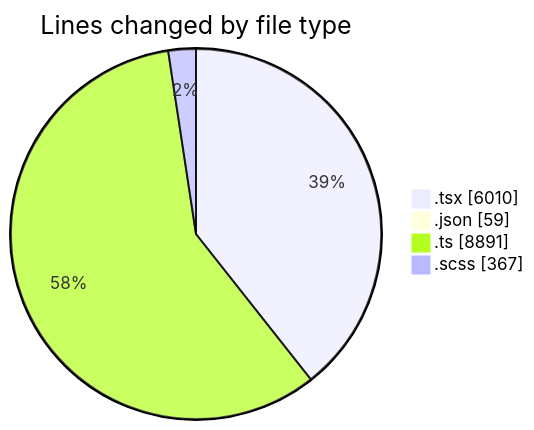
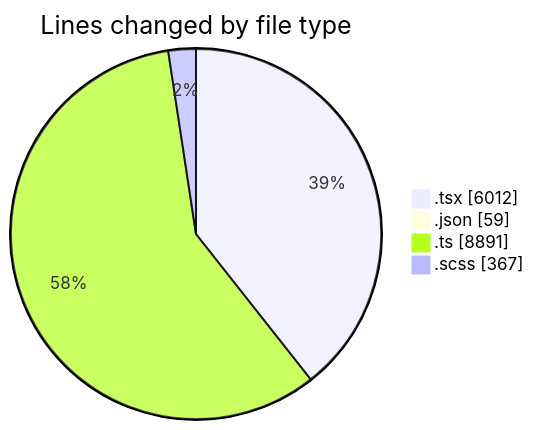
The first of 2 diagrams in 2025-11-24/cda/README.md (momahboobian/code-tracking), drawn with Mermaid before and after one commit. The commit also changed other lines of this file and 1 other file, not shown here.

````diff
--- a/2025-11-24/cda/README.md
+++ b/2025-11-24/cda/README.md
@@ -38,8 +38,8 @@
 ```mermaid
 pie showData
 title Lines changed by file type
-".tsx" : 6010
+".tsx" : 6012
 ".json" : 59
 ".ts" : 8891
 ".scss" : 367
 ```
````
